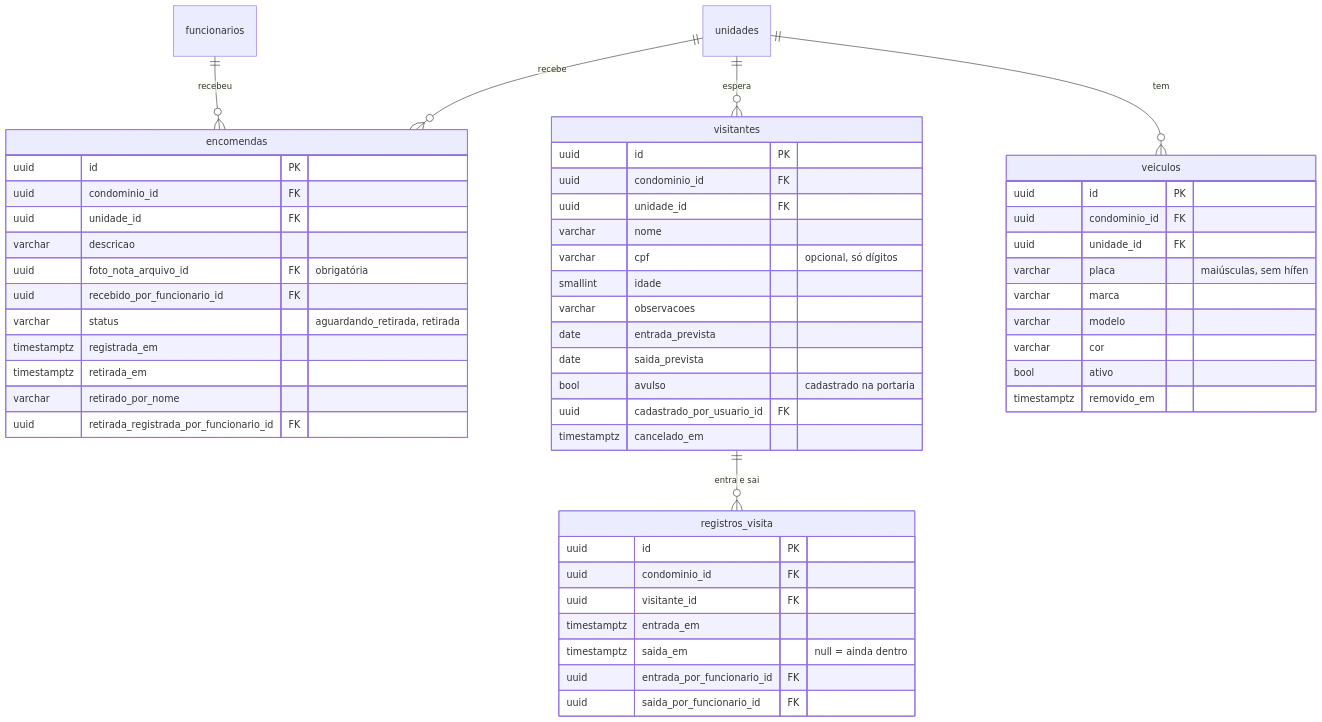
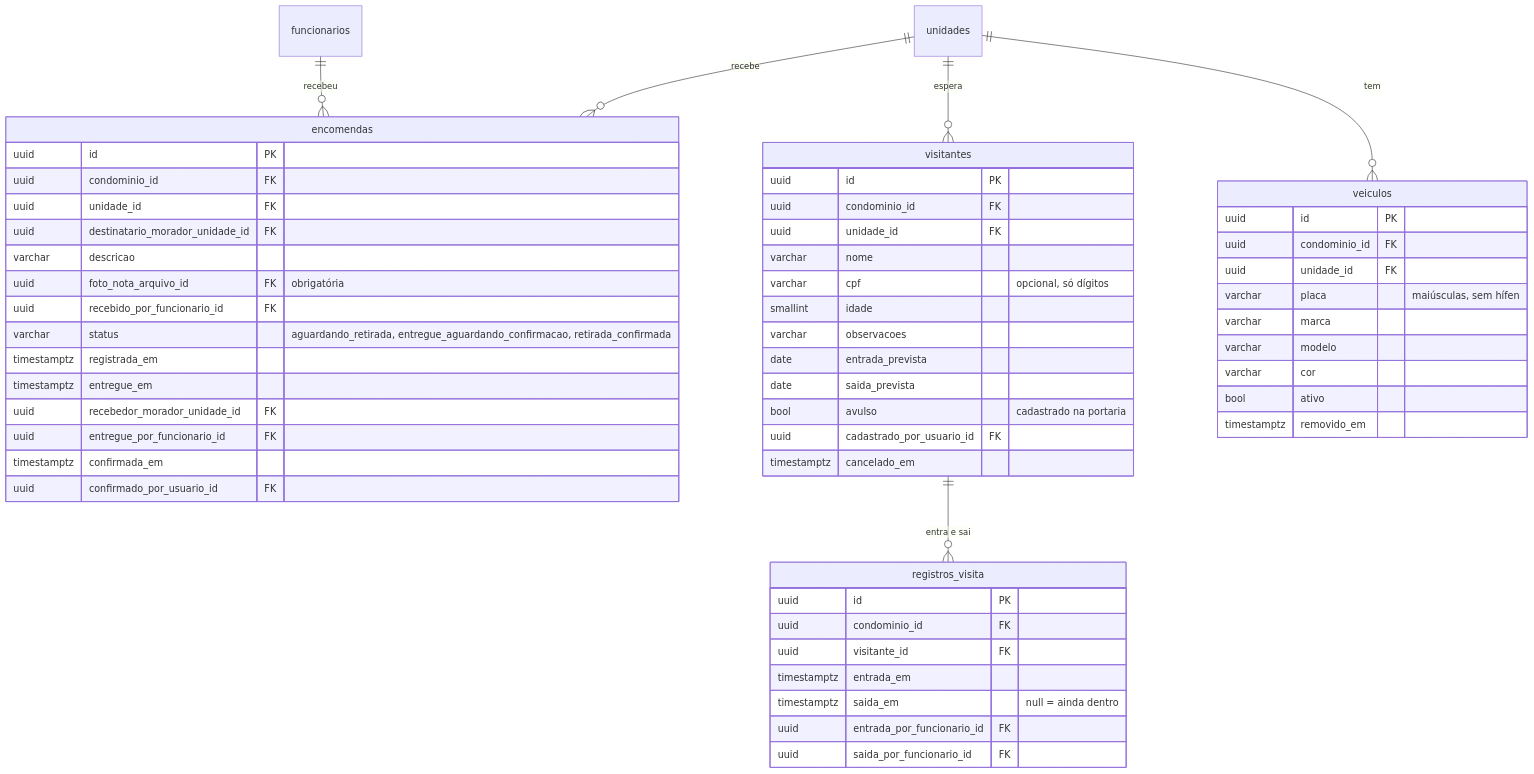
Before and after one commit to Eduardocin/sistema-gestao-condominios: the third of 5 diagrams in docs/modelo-de-dados.md, drawn with Mermaid. The commit also changed other lines of this file and 1 other file, not shown here.

````diff
--- a/docs/modelo-de-dados.md
+++ b/docs/modelo-de-dados.md
@@ -227,56 +227,59 @@
 ```mermaid
 erDiagram
     unidades ||--o{ encomendas : "recebe"
     funcionarios ||--o{ encomendas : "recebeu"
     unidades ||--o{ visitantes : "espera"
     visitantes ||--o{ registros_visita : "entra e sai"
     unidades ||--o{ veiculos : "tem"
 
     encomendas {
         uuid id PK
         uuid condominio_id FK
         uuid unidade_id FK
+        uuid destinatario_morador_unidade_id FK
         varchar descricao
         uuid foto_nota_arquivo_id FK "obrigatória"
         uuid recebido_por_funcionario_id FK
-        varchar status "aguardando_retirada, retirada"
+        varchar status "aguardando_retirada, entregue_aguardando_confirmacao, retirada_confirmada"
         timestamptz registrada_em
-        timestamptz retirada_em
-        varchar retirado_por_nome
-        uuid retirada_registrada_por_funcionario_id FK
+        timestamptz entregue_em
+        uuid recebedor_morador_unidade_id FK
+        uuid entregue_por_funcionario_id FK
+        timestamptz confirmada_em
+        uuid confirmado_por_usuario_id FK
     }
     visitantes {
         uuid id PK
         uuid condominio_id FK
         uuid unidade_id FK
         varchar nome
         varchar cpf "opcional, só dígitos"
         smallint idade
         varchar observacoes
         date entrada_prevista
         date saida_prevista
         bool avulso "cadastrado na portaria"
         uuid cadastrado_por_usuario_id FK
         timestamptz cancelado_em
     }
     registros_visita {
         uuid id PK
         uuid condominio_id FK
         uuid visitante_id FK
         timestamptz entrada_em
         timestamptz saida_em "null = ainda dentro"
         uuid entrada_por_funcionario_id FK
         uuid saida_por_funcionario_id FK
     }
     veiculos {
         uuid id PK
         uuid condominio_id FK
         uuid unidade_id FK
         varchar placa "maiúsculas, sem hífen"
         varchar marca
         varchar modelo
         varchar cor
         bool ativo
         timestamptz removido_em
     }
 ```
````
